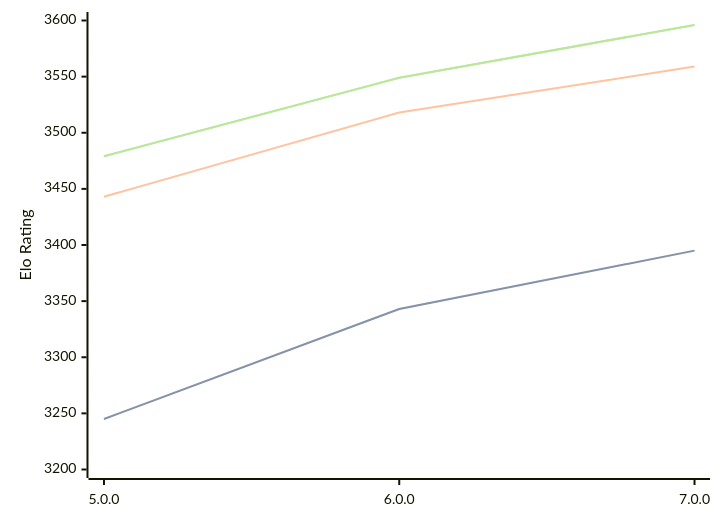
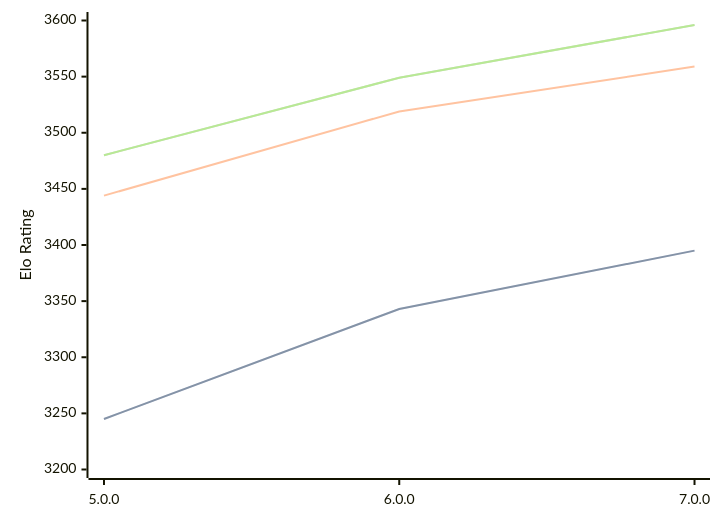
The diagram in engines/Stormphrax.md (computer-chess-index/cci), drawn with Mermaid before and after one commit. The commit also changed other lines of this file, not shown here.

Commit message:
Update CCI Ratings (ELO VLTC) - 2026-05-03

````diff
--- a/engines/Stormphrax.md
+++ b/engines/Stormphrax.md
@@ -38,11 +38,11 @@
 ```mermaid
 %%{init: {"theme":"base","themeVariables":{"seriesColors:['#a3a3a3','#222221','#faa371']}}}%%
 xychart-beta
   x-axis ["5.0.0", "6.0.0", "7.0.0"]
   y-axis "Elo Rating" 3200 --> 3600
   line "STC (8.0+0.08s)" [3245, 3343, 3395]
   line "STC (8.0+0.08s)" [3245, 3343, 3395]
-  line "LTC (60.0+0.60s)" [3443, 3518, 3559]
-  line "VLTC (2m24s+1.12s)" [3479, 3549, 3596]
-  line "VLTC (2m24s+1.12s)" [3479, 3549, 3596]
+  line "LTC (60.0+0.60s)" [3444, 3519, 3559]
+  line "VLTC (2m24s+1.12s)" [3480, 3549, 3596]
+  line "VLTC (2m24s+1.12s)" [3480, 3549, 3596]
 ```
````
